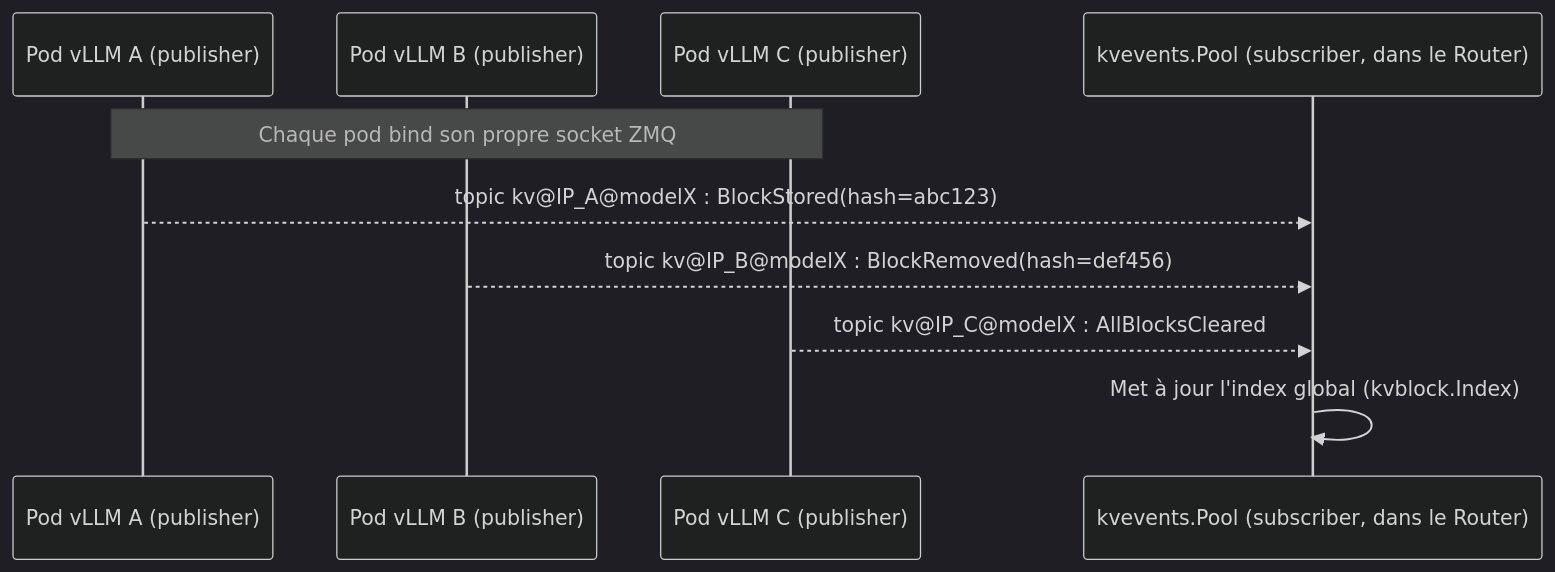
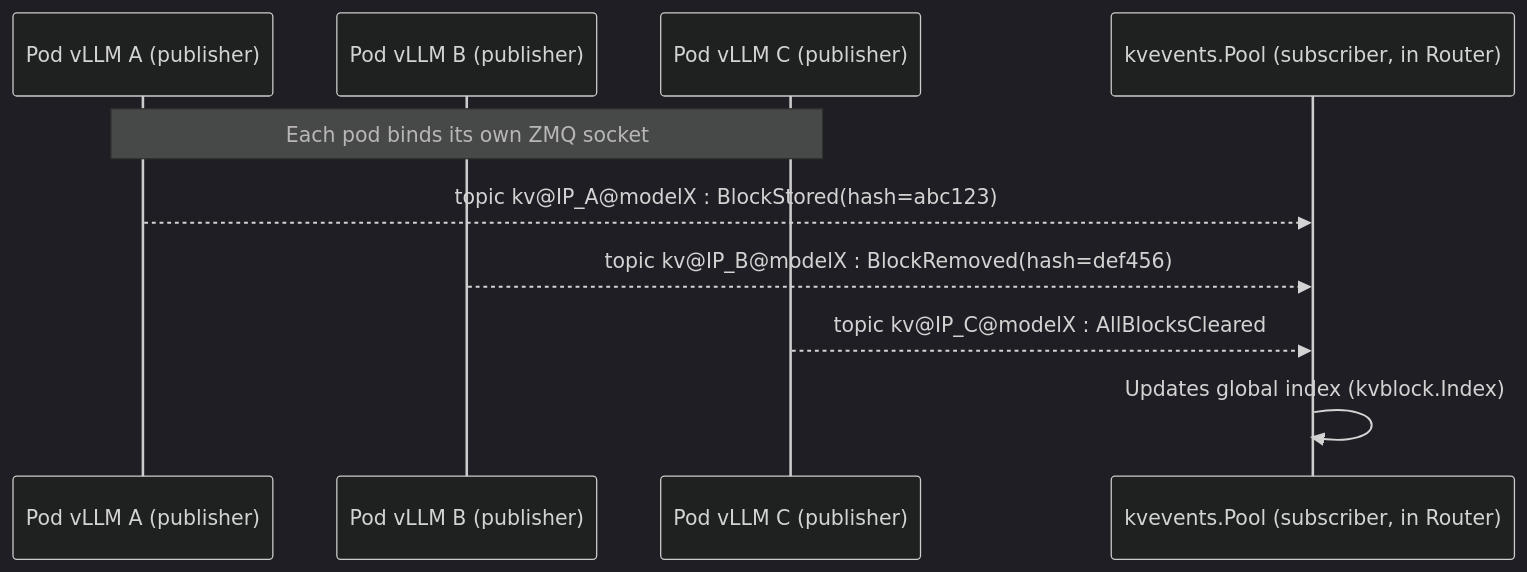
Before and after one commit to ADORSYS-GIS/Custom-Ai-Ops: the tenth of 26 diagrams in docs/explain/llm-d.md, drawn with Mermaid (dark theme). The commit also changed other lines of this file, not shown here.

````diff
--- a/docs/explain/llm-d.md
+++ b/docs/explain/llm-d.md
@@ -371,13 +371,13 @@
 ```mermaid
 sequenceDiagram
     participant PodA as Pod vLLM A (publisher)
     participant PodB as Pod vLLM B (publisher)
     participant PodC as Pod vLLM C (publisher)
-    participant KVP as kvevents.Pool (subscriber, dans le Router)
+    participant KVP as kvevents.Pool (subscriber, in Router)
 
-    Note over PodA,PodC: Chaque pod bind son propre socket ZMQ
+    Note over PodA,PodC: Each pod binds its own ZMQ socket
     PodA-->>KVP: topic kv@IP_A@modelX : BlockStored(hash=abc123)
     PodB-->>KVP: topic kv@IP_B@modelX : BlockRemoved(hash=def456)
     PodC-->>KVP: topic kv@IP_C@modelX : AllBlocksCleared
-    KVP->>KVP: Met à jour l'index global (kvblock.Index)
+    KVP->>KVP: Updates global index (kvblock.Index)
 ```
````
